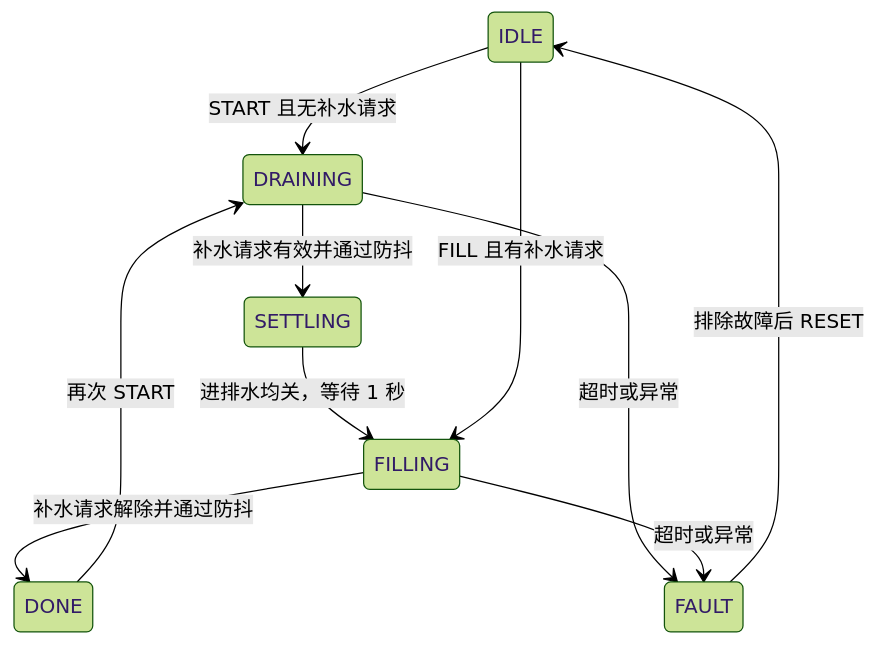
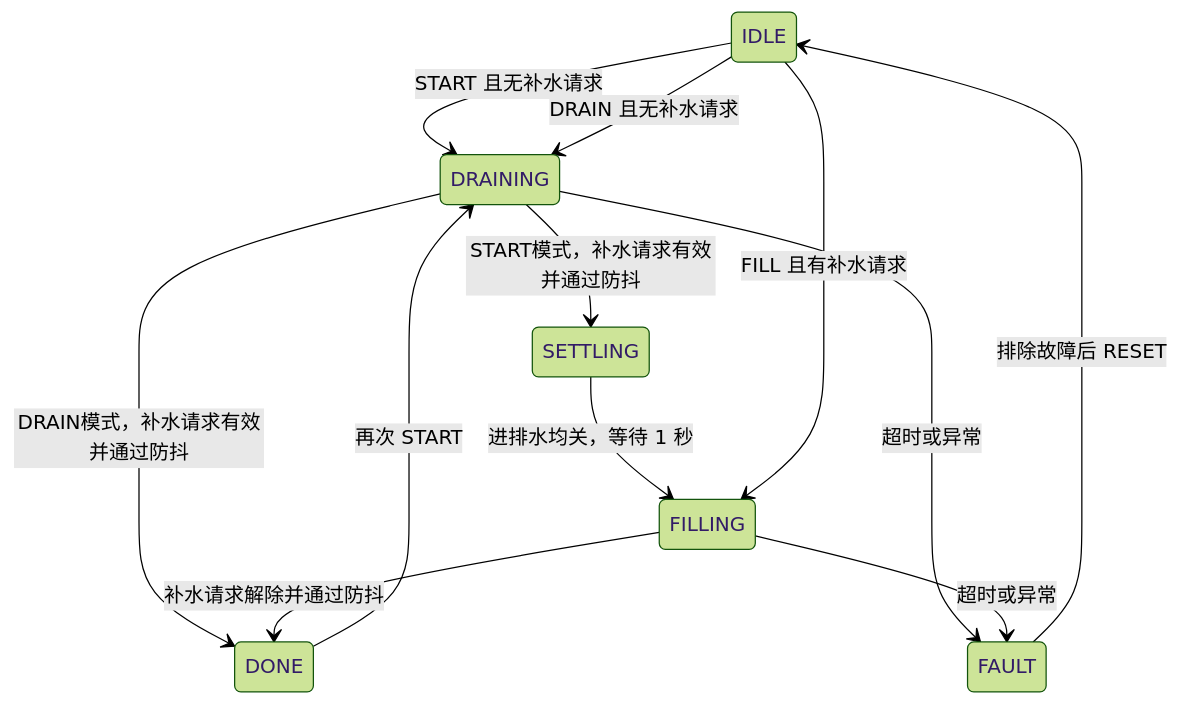
The diagram in docs/water-control.md (princehaku/water-auto-exchange), drawn with Mermaid (forest theme) before and after one commit. The commit also changed other lines of this file and 23 other files, not shown here.

````diff
--- a/docs/water-control.md
+++ b/docs/water-control.md
@@ -18,12 +18,14 @@
 ```mermaid
 stateDiagram-v2
     IDLE --> DRAINING: START 且无补水请求
-    DRAINING --> SETTLING: 补水请求有效并通过防抖
+    DRAINING --> SETTLING: START模式，补水请求有效并通过防抖
+    IDLE --> DRAINING: DRAIN 且无补水请求
+    DRAINING --> DONE: DRAIN模式，补水请求有效并通过防抖
     SETTLING --> FILLING: 进排水均关，等待 1 秒
     FILLING --> DONE: 补水请求解除并通过防抖
     IDLE --> FILLING: FILL 且有补水请求
     DONE --> DRAINING: 再次 START
     DRAINING --> FAULT: 超时或异常
     FILLING --> FAULT: 超时或异常
     FAULT --> IDLE: 排除故障后 RESET
 ```
````
